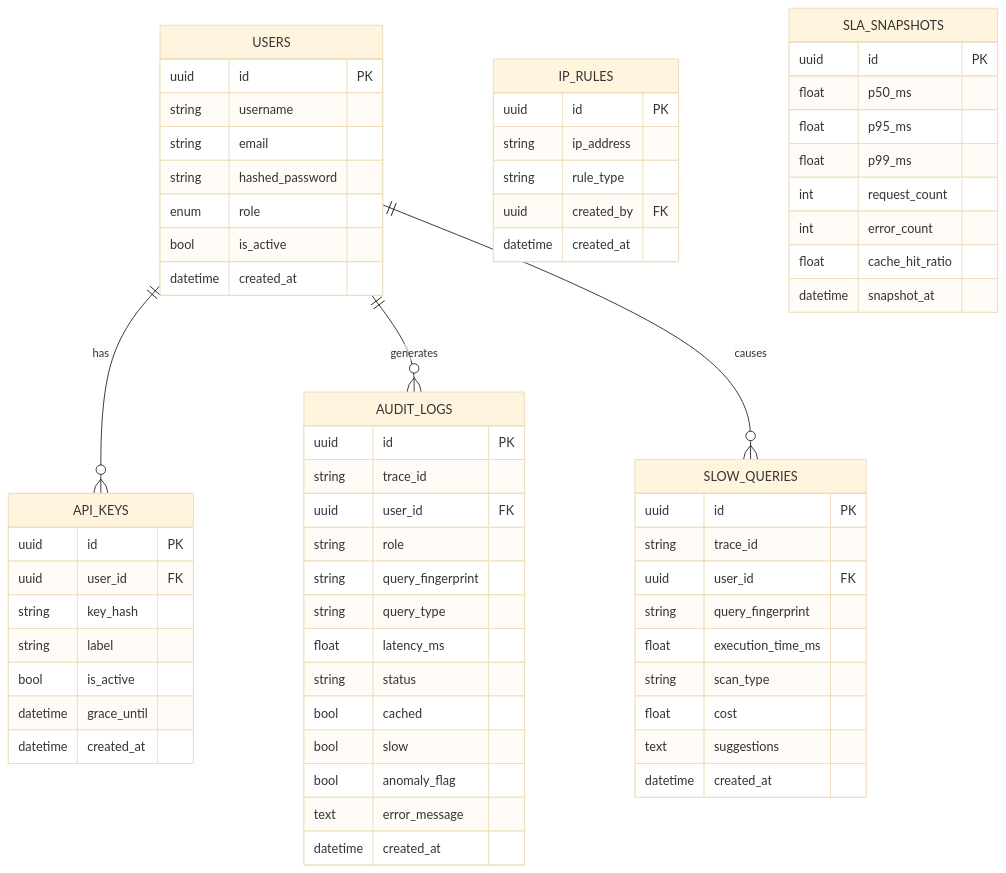
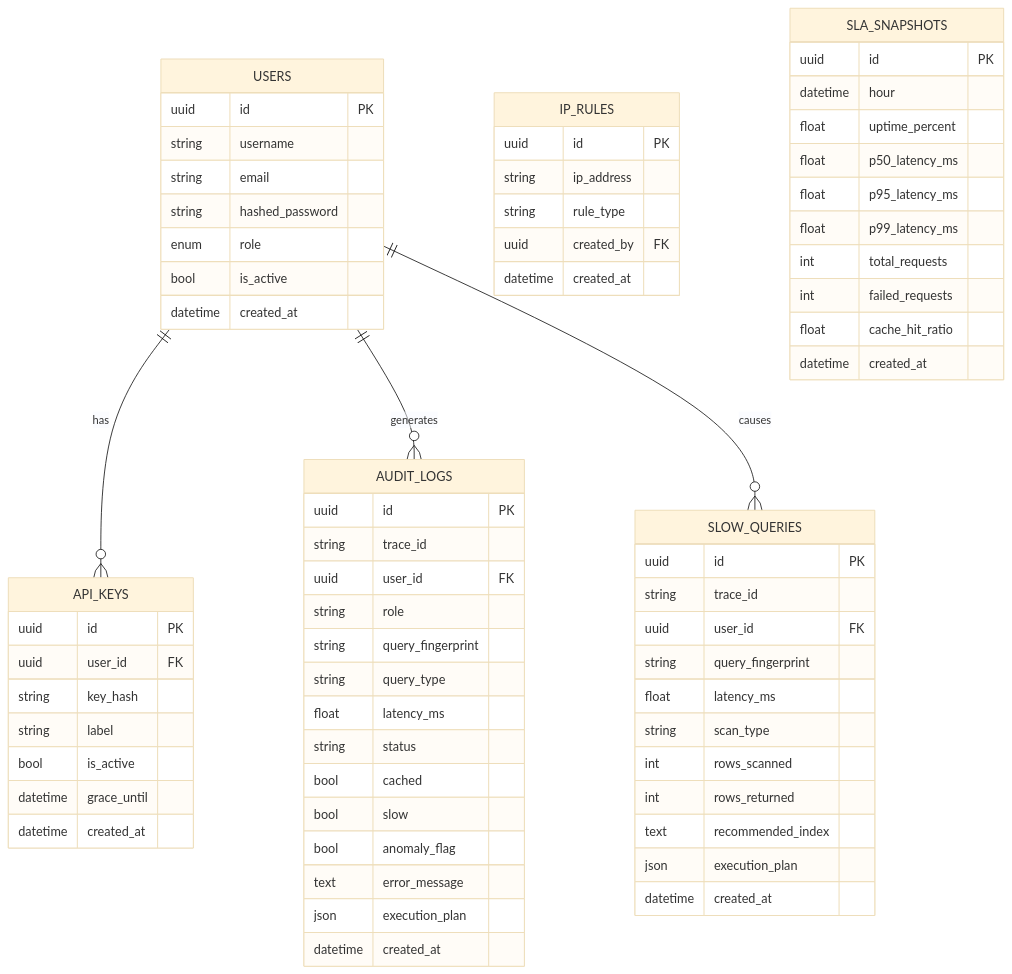
Before and after one commit to mmaroof487/SIQG: the diagram in docs/diagram/datamodels.md, drawn with Mermaid (base theme). The commit also changed 41 other files, not shown here.

````diff
--- a/docs/diagram/datamodels.md
+++ b/docs/diagram/datamodels.md
@@ -1,73 +1,78 @@
 ```mermaid
 erDiagram
     USERS {
         uuid id PK
         string username
         string email
         string hashed_password
         enum role
         bool is_active
         datetime created_at
     }
 
     API_KEYS {
         uuid id PK
         uuid user_id FK
         string key_hash
         string label
         bool is_active
         datetime grace_until
         datetime created_at
     }
 
     IP_RULES {
         uuid id PK
         string ip_address
         string rule_type
         uuid created_by FK
         datetime created_at
     }
 
     AUDIT_LOGS {
         uuid id PK
         string trace_id
         uuid user_id FK
         string role
         string query_fingerprint
         string query_type
         float latency_ms
         string status
         bool cached
         bool slow
         bool anomaly_flag
         text error_message
+        json execution_plan
         datetime created_at
     }
 
     SLOW_QUERIES {
         uuid id PK
         string trace_id
         uuid user_id FK
         string query_fingerprint
-        float execution_time_ms
+        float latency_ms
         string scan_type
-        float cost
-        text suggestions
+        int rows_scanned
+        int rows_returned
+        text recommended_index
+        json execution_plan
         datetime created_at
     }
 
     SLA_SNAPSHOTS {
         uuid id PK
-        float p50_ms
-        float p95_ms
-        float p99_ms
-        int request_count
-        int error_count
+        datetime hour
+        float uptime_percent
+        float p50_latency_ms
+        float p95_latency_ms
+        float p99_latency_ms
+        int total_requests
+        int failed_requests
         float cache_hit_ratio
-        datetime snapshot_at
+        datetime created_at
     }
 
     USERS ||--o{ API_KEYS : "has"
     USERS ||--o{ AUDIT_LOGS : "generates"
     USERS ||--o{ SLOW_QUERIES : "causes"
 ```
````
